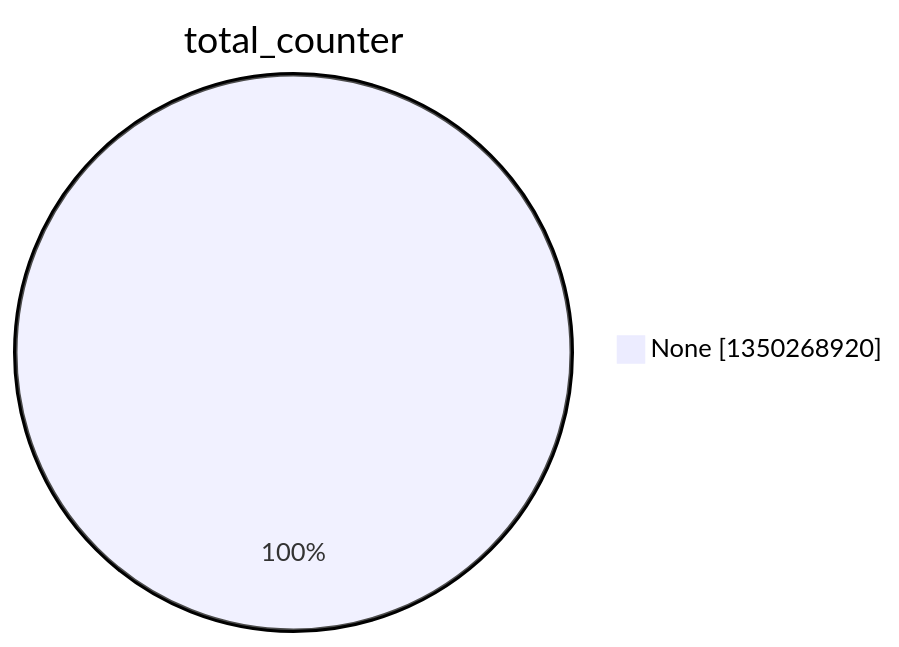
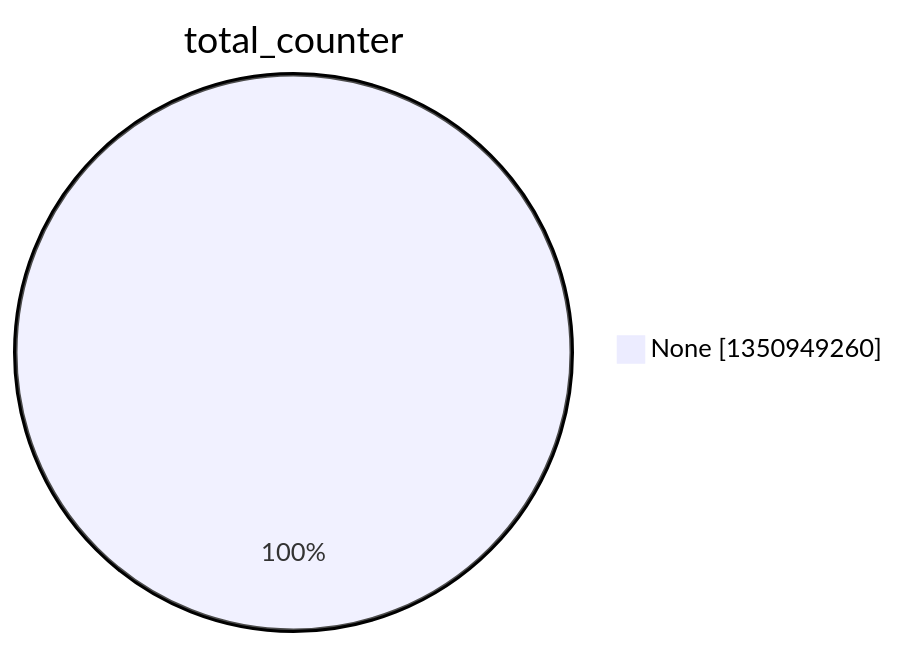
Before and after one commit to christiankrug/ctmonitor_visualization: the second of 15 diagrams in argon2022/README.md, drawn with Mermaid. The commit also changed other lines of this file, not shown here.

````diff
--- a/argon2022/README.md
+++ b/argon2022/README.md
@@ -9,5 +9,5 @@
 ```mermaid
 pie showData
 title total_counter
-"None" :1350268920
+"None" :1350949260
 ```
````
